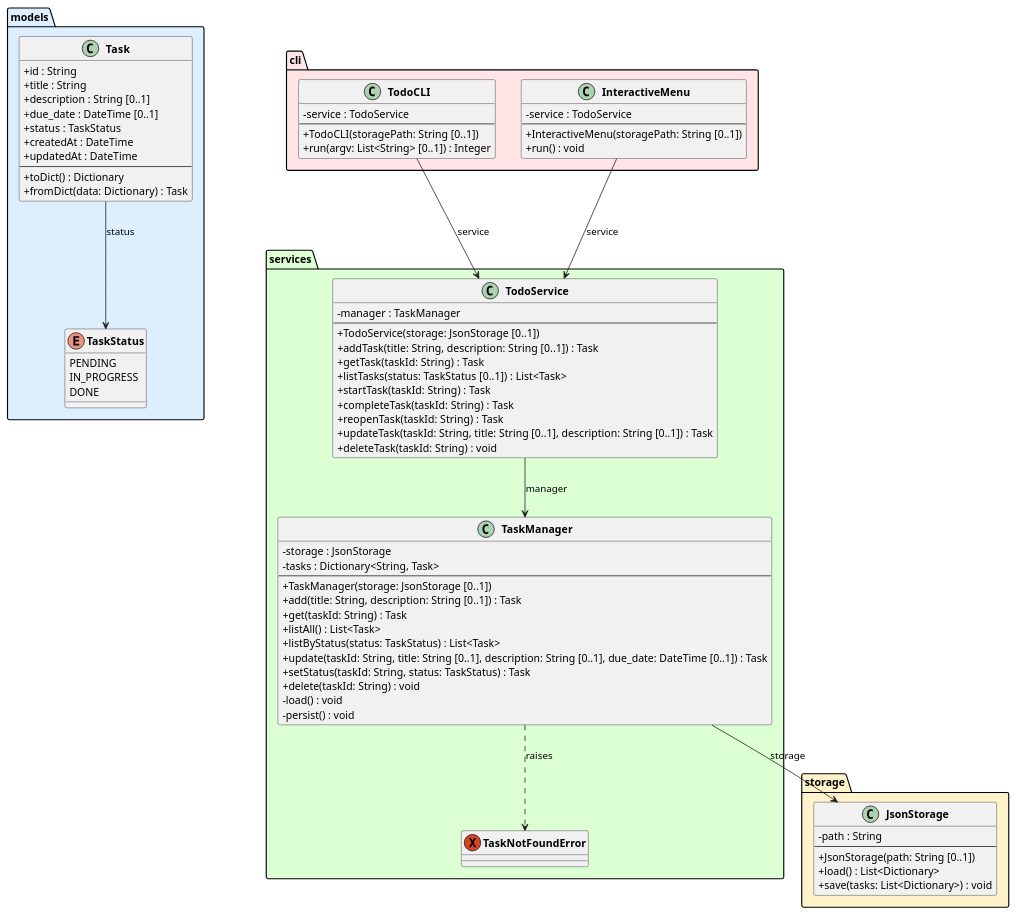
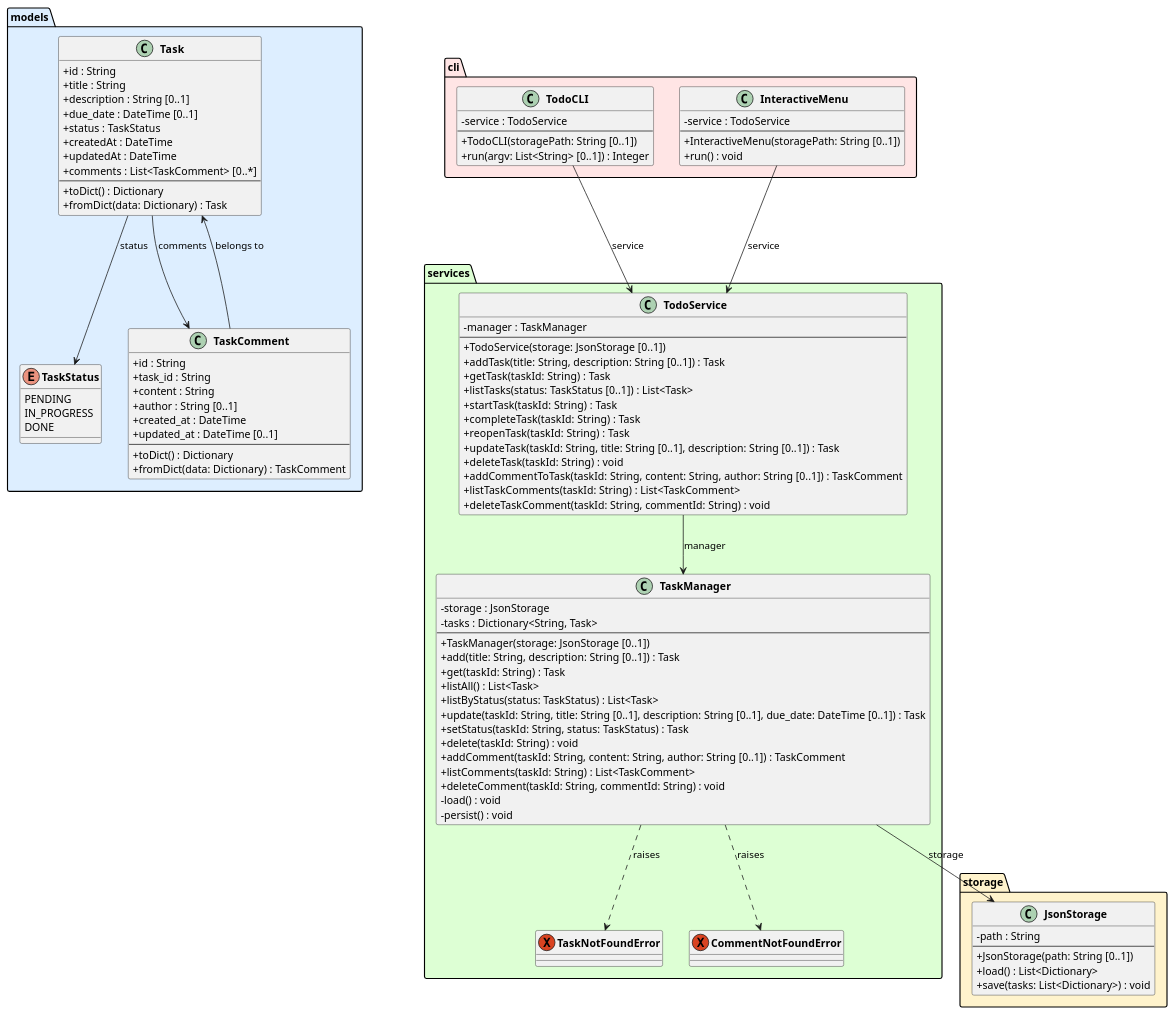
Before and after one commit to DanielRiha8906/Software_autoevolution_using_agents: the diagram in experiments/supervisor_as_tools/user_stories/TODO/artifacts/class_diagram.puml, drawn with PlantUML. The commit also changed 7 other files, not shown here.

```diff
--- a/experiments/supervisor_as_tools/user_stories/TODO/artifacts/class_diagram.puml
+++ b/experiments/supervisor_as_tools/user_stories/TODO/artifacts/class_diagram.puml
@@ -1,94 +1,117 @@
 @startuml class_diagram
 
 skinparam classAttributeIconSize 0
 skinparam classFontStyle bold
 
 package "models" #DDEEFF {
     enum TaskStatus {
         PENDING
         IN_PROGRESS
         DONE
     }
 
     class Task {
         +id : String
         +title : String
         +description : String [0..1]
         +due_date : DateTime [0..1]
         +status : TaskStatus
         +createdAt : DateTime
         +updatedAt : DateTime
+        +comments : List<TaskComment> [0..*]
         --
         +toDict() : Dictionary
         +fromDict(data: Dictionary) : Task
+    }
+
+    class TaskComment {
+        +id : String
+        +task_id : String
+        +content : String
+        +author : String [0..1]
+        +created_at : DateTime
+        +updated_at : DateTime [0..1]
+        --
+        +toDict() : Dictionary
+        +fromDict(data: Dictionary) : TaskComment
     }
 }
 
 package "storage" #FFF3CC {
     class JsonStorage {
         -path : String
         --
         +JsonStorage(path: String [0..1])
         +load() : List<Dictionary>
         +save(tasks: List<Dictionary>) : void
     }
 }
 
 package "services" #DDFFD4 {
     exception TaskNotFoundError
+    exception CommentNotFoundError
 
     class TaskManager {
         -storage : JsonStorage
         -tasks : Dictionary<String, Task>
         --
         +TaskManager(storage: JsonStorage [0..1])
         +add(title: String, description: String [0..1]) : Task
         +get(taskId: String) : Task
         +listAll() : List<Task>
         +listByStatus(status: TaskStatus) : List<Task>
         +update(taskId: String, title: String [0..1], description: String [0..1], due_date: DateTime [0..1]) : Task
         +setStatus(taskId: String, status: TaskStatus) : Task
         +delete(taskId: String) : void
+        +addComment(taskId: String, content: String, author: String [0..1]) : TaskComment
+        +listComments(taskId: String) : List<TaskComment>
+        +deleteComment(taskId: String, commentId: String) : void
         -load() : void
         -persist() : void
     }
 
     class TodoService {
         -manager : TaskManager
         --
         +TodoService(storage: JsonStorage [0..1])
         +addTask(title: String, description: String [0..1]) : Task
         +getTask(taskId: String) : Task
         +listTasks(status: TaskStatus [0..1]) : List<Task>
         +startTask(taskId: String) : Task
         +completeTask(taskId: String) : Task
         +reopenTask(taskId: String) : Task
         +updateTask(taskId: String, title: String [0..1], description: String [0..1]) : Task
         +deleteTask(taskId: String) : void
+        +addCommentToTask(taskId: String, content: String, author: String [0..1]) : TaskComment
+        +listTaskComments(taskId: String) : List<TaskComment>
+        +deleteTaskComment(taskId: String, commentId: String) : void
     }
 }
 
 package "cli" #FFE5E5 {
     class TodoCLI {
         -service : TodoService
         --
         +TodoCLI(storagePath: String [0..1])
         +run(argv: List<String> [0..1]) : Integer
     }
 
     class InteractiveMenu {
         -service : TodoService
         --
         +InteractiveMenu(storagePath: String [0..1])
         +run() : void
     }
 }
 
 Task --> TaskStatus : status
+Task --> TaskComment : comments
+TaskComment --> Task : belongs to
 TaskManager --> JsonStorage : storage
 TaskManager ..> TaskNotFoundError : raises
+TaskManager ..> CommentNotFoundError : raises
 TodoService --> TaskManager : manager
 TodoCLI --> TodoService : service
 InteractiveMenu --> TodoService : service
 
 @enduml
```
